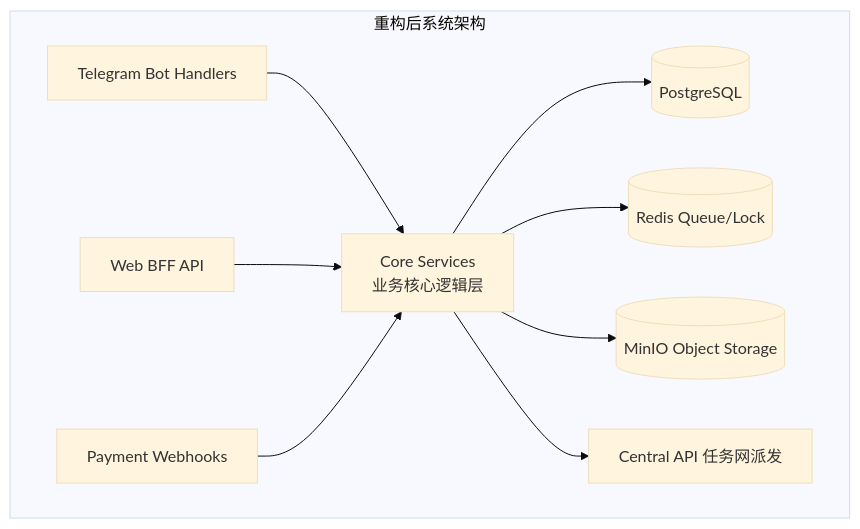
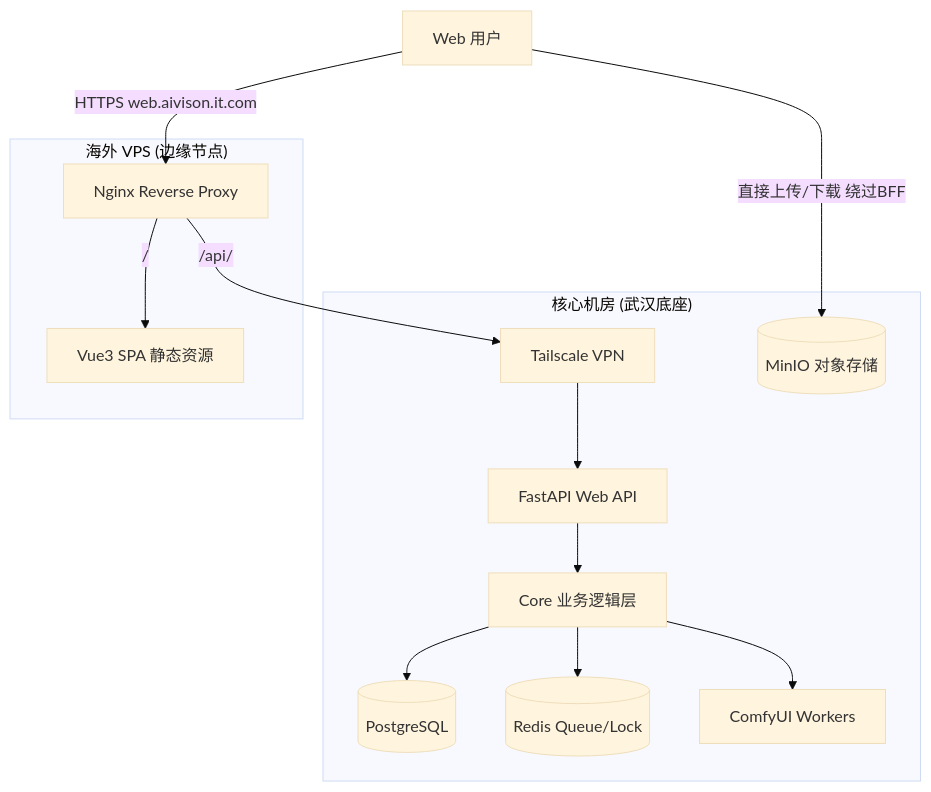
One commit to giraffu/All_bot changed the diagram in WEB_MIGRATION_PLAN.md. Above: the diagram before and after it, drawn with Mermaid (base theme). The commit also changed other lines of this file and 34 other files, not shown here.

````diff
--- a/WEB_MIGRATION_PLAN.md
+++ b/WEB_MIGRATION_PLAN.md
@@ -63,14 +30,30 @@
 ```mermaid
 graph TD
-    subgraph "重构后系统架构"
-        TG[Telegram Bot Handlers] --> Core[Core Services<br/>业务核心逻辑层]
-        Web[Web BFF API] --> Core
-        Payment[Payment Webhooks] --> Core
-        
-        Core --> DB[(PostgreSQL)]
-        Core --> Redis[(Redis Queue/Lock)]
-        Core --> MinIO[(MinIO Object Storage)]
-        
-        Core --> CentralAPI[Central API 任务网派发]
+    User[Web 用户]
+
+    subgraph Edge["海外 VPS (边缘节点)"]
+        Nginx[Nginx Reverse Proxy]
+        Vue[Vue3 SPA 静态资源]
     end
+
+    subgraph Base["核心机房 (武汉底座)"]
+        Tailscale[Tailscale VPN]
+        BFF[FastAPI Web API]
+        CoreService[Core 业务逻辑层]
+        DB[(PostgreSQL)]
+        Redis[(Redis Queue/Lock)]
+        MinIO[(MinIO 对象存储)]
+        Worker[ComfyUI Workers]
+    end
+    
+    User -->|HTTPS web.aivison.it.com| Nginx
+    User -->|直接上传/下载 绕过BFF| MinIO
+    
+    Nginx -->|/| Vue
+    Nginx -->|/api/| Tailscale
+    Tailscale --> BFF
+    BFF --> CoreService
+    CoreService --> DB
+    CoreService --> Redis
+    CoreService --> Worker
 ```
````
